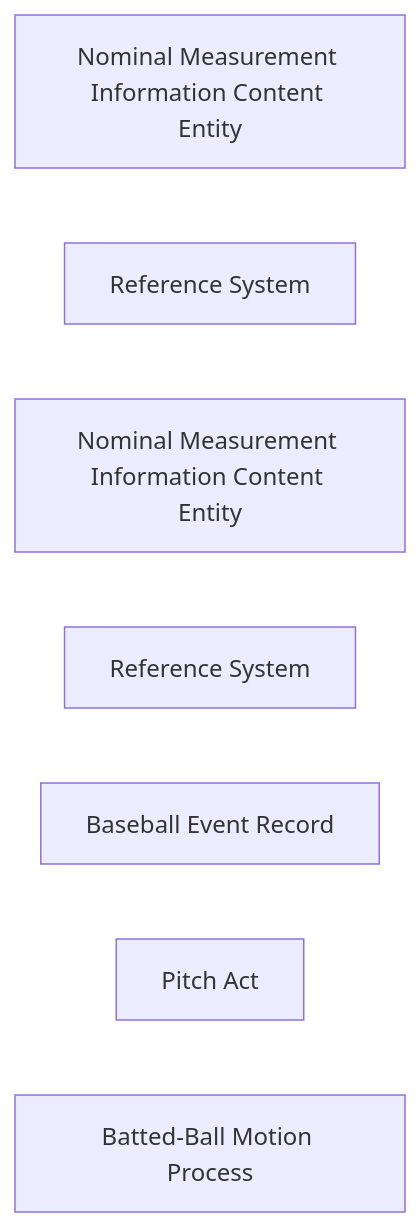
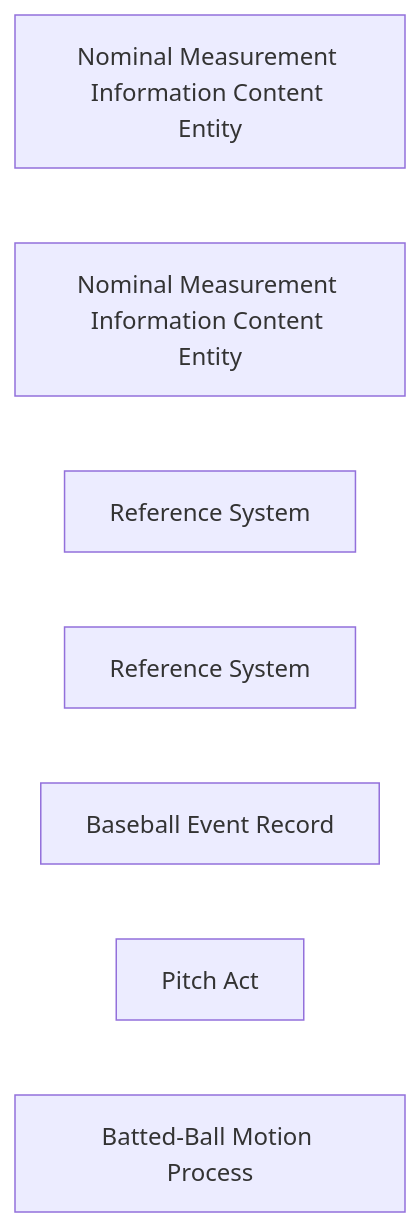
Before and after one commit to CarterBeauBenson/BaseballO: the diagram in Baseball/mermaid/patterns/ontology/26-nominal-pitch-and-trajectory-classification.md, drawn with Mermaid. The commit also changed other lines of this file and 137 other files, not shown here.

````diff
--- a/Baseball/mermaid/patterns/ontology/26-nominal-pitch-and-trajectory-classification.md
+++ b/Baseball/mermaid/patterns/ontology/26-nominal-pitch-and-trajectory-classification.md
@@ -10,10 +10,10 @@
 ```mermaid
 flowchart LR
     N01["Nominal Measurement Information Content Entity"]
-    N02["Reference System"]
-    N03["Nominal Measurement Information Content Entity"]
+    N02["Nominal Measurement Information Content Entity"]
+    N03["Reference System"]
     N04["Reference System"]
     N05["Baseball Event Record"]
     N06["Pitch Act"]
     N07["Batted-Ball Motion Process"]
 ```
````
